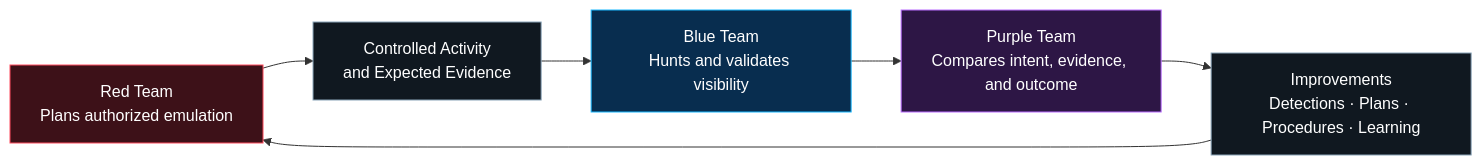
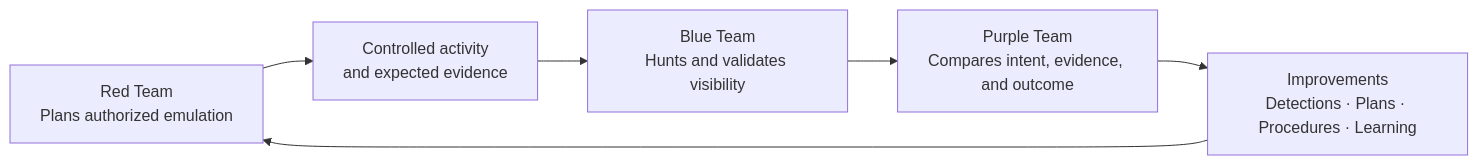
The diagram in README.md (MehtaPar/M3HT4), drawn with Mermaid before and after one commit. The commit also changed other lines of this file and 82 other files, not shown here.

````diff
--- a/README.md
+++ b/README.md
@@ -58,17 +95,8 @@
 ```mermaid
 flowchart LR
-    R[Red Team\nPlans authorized emulation] --> E[Controlled Activity\nand Expected Evidence]
-    E --> B[Blue Team\nHunts and validates visibility]
-    B --> P[Purple Team\nCompares intent, evidence, and outcome]
-    P --> I[Improvements\nDetections · Plans · Procedures · Learning]
+    R[Red Team<br/>Plans authorized emulation] --> A[Controlled activity<br/>and expected evidence]
+    A --> B[Blue Team<br/>Hunts and validates visibility]
+    B --> P[Purple Team<br/>Compares intent, evidence, and outcome]
+    P --> I[Improvements<br/>Detections · Plans · Procedures · Learning]
     I --> R
-
-    classDef red fill:#3d1118,stroke:#ff4d5e,color:#fff;
-    classDef blue fill:#082d4f,stroke:#19b8ff,color:#fff;
-    classDef purple fill:#2d1645,stroke:#b96cff,color:#fff;
-    classDef neutral fill:#101820,stroke:#8aa4b8,color:#fff;
-    class R red;
-    class B blue;
-    class P purple;
-    class E,I neutral;
 ```
````
